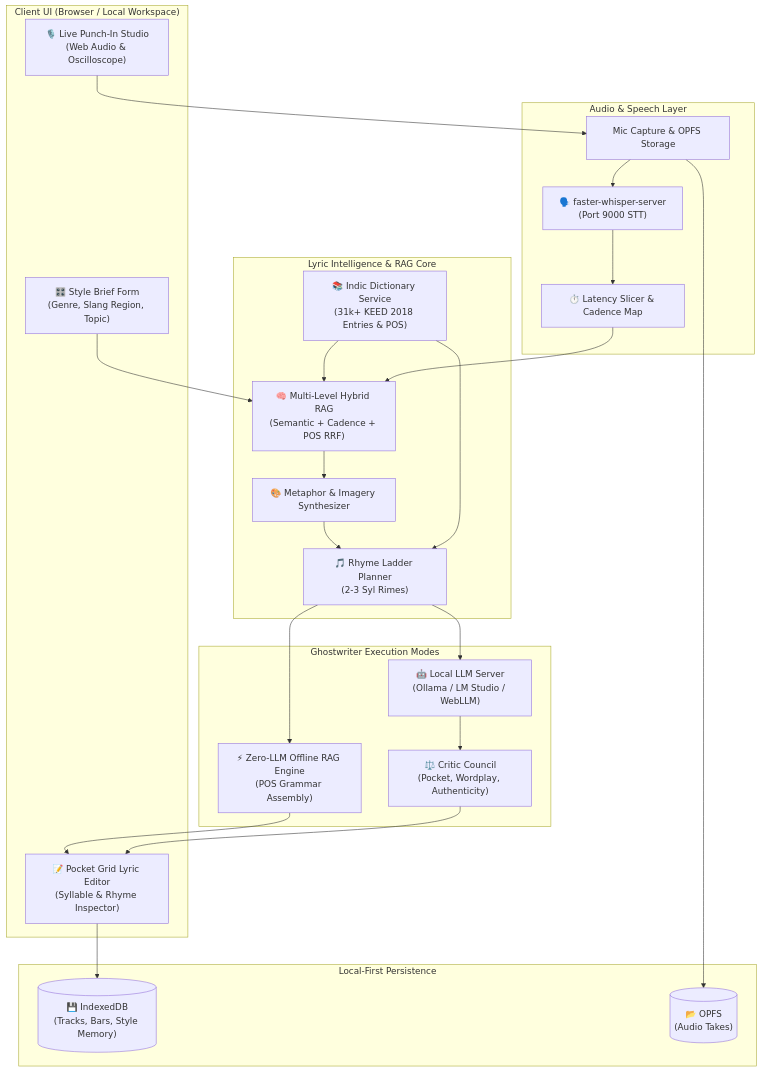
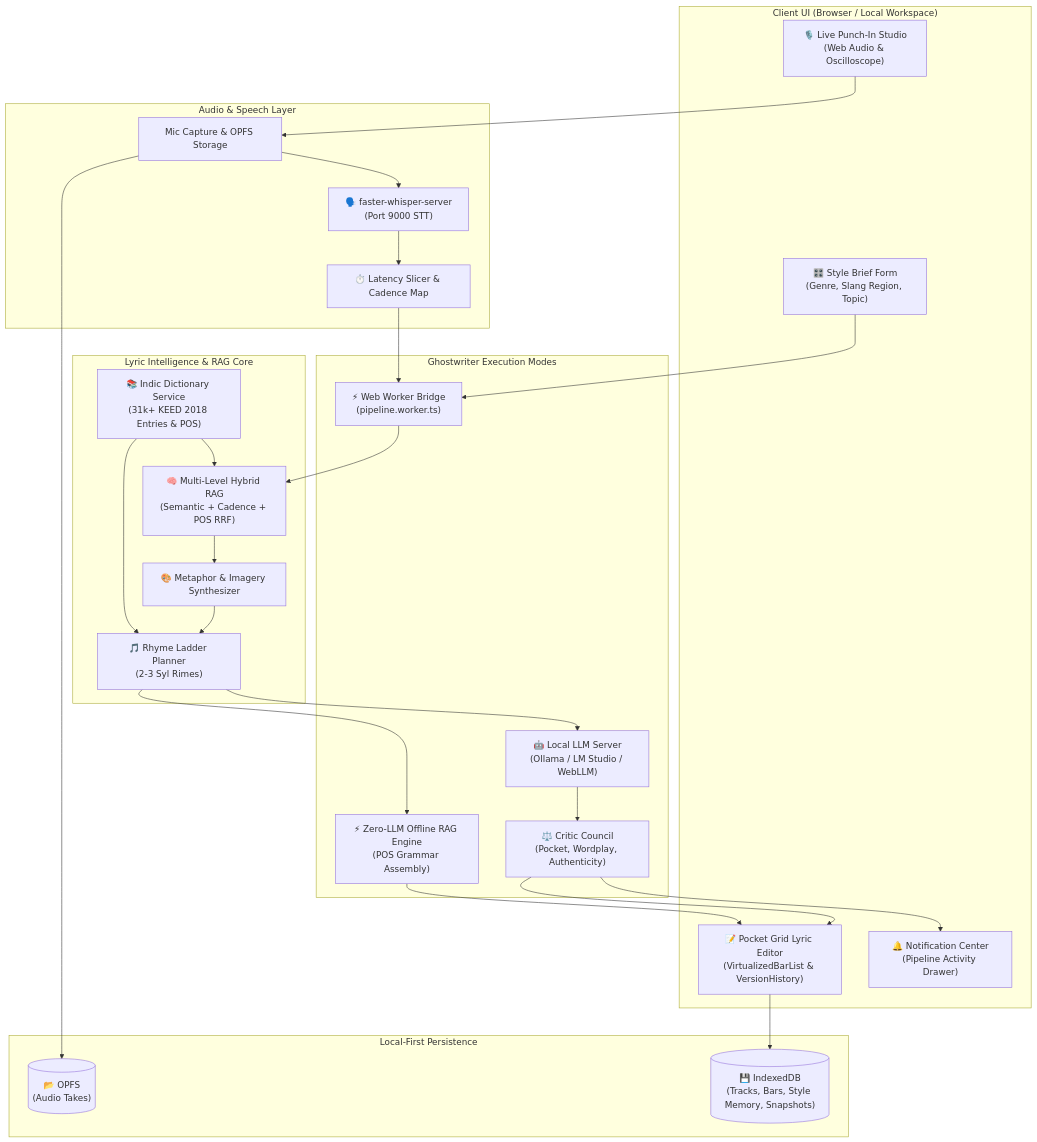
One commit to ChiragNSundar/VibeVox changed the diagram in README.md. Above: the diagram before and after it, drawn with Mermaid. The commit also changed other lines of this file and 6 other files, not shown here.

````diff
--- a/README.md
+++ b/README.md
@@ -40,52 +45,56 @@
 ```mermaid
 flowchart TD
     subgraph Client["Client UI (Browser / Local Workspace)"]
         LiveStudio["🎙️ Live Punch-In Studio\n(Web Audio & Oscilloscope)"]
         StyleBrief["🎛️ Style Brief Form\n(Genre, Slang Region, Topic)"]
-        LyricEditor["📝 Pocket Grid Lyric Editor\n(Syllable & Rhyme Inspector)"]
+        LyricEditor["📝 Pocket Grid Lyric Editor\n(VirtualizedBarList & VersionHistory)"]
+        NotifCenter["🔔 Notification Center\n(Pipeline Activity Drawer)"]
     end
 
     subgraph AudioEngine["Audio & Speech Layer"]
         MicCapture["Mic Capture & OPFS Storage"]
         LocalWhisper["🗣️ faster-whisper-server\n(Port 9000 STT)"]
         CadenceSlicer["⏱️ Latency Slicer & Cadence Map"]
     end
 
     subgraph IntelligenceEngine["Lyric Intelligence & RAG Core"]
         HybridRAG["🧠 Multi-Level Hybrid RAG\n(Semantic + Cadence + POS RRF)"]
         MetaphorSynth["🎨 Metaphor & Imagery Synthesizer"]
         RhymePlanner["🎵 Rhyme Ladder Planner\n(2-3 Syl Rimes)"]
         DictEngine["📚 Indic Dictionary Service\n(31k+ KEED 2018 Entries & POS)"]
     end
 
     subgraph PipelineExecution["Ghostwriter Execution Modes"]
+        PipelineWorker["⚡ Web Worker Bridge\n(pipeline.worker.ts)"]
         LocalLLM["🤖 Local LLM Server\n(Ollama / LM Studio / WebLLM)"]
         ZeroLLMRAG["⚡ Zero-LLM Offline RAG Engine\n(POS Grammar Assembly)"]
         CriticCouncil["⚖️ Critic Council\n(Pocket, Wordplay, Authenticity)"]
     end
 
     subgraph StorageLayer["Local-First Persistence"]
-        IndexedDB[("💾 IndexedDB\n(Tracks, Bars, Style Memory)")]
+        IndexedDB[("💾 IndexedDB\n(Tracks, Bars, Style Memory, Snapshots)")]
         OPFS[("📂 OPFS\n(Audio Takes)")]
     end
 
     LiveStudio --> MicCapture
     MicCapture --> LocalWhisper
     LocalWhisper --> CadenceSlicer
-    CadenceSlicer --> HybridRAG
-    StyleBrief --> HybridRAG
+    CadenceSlicer --> PipelineWorker
+    StyleBrief --> PipelineWorker
 
+    PipelineWorker --> HybridRAG
     DictEngine --> HybridRAG
     DictEngine --> RhymePlanner
     HybridRAG --> MetaphorSynth
     MetaphorSynth --> RhymePlanner
 
     RhymePlanner --> LocalLLM
     RhymePlanner --> ZeroLLMRAG
     LocalLLM --> CriticCouncil
+    CriticCouncil --> NotifCenter
     CriticCouncil --> LyricEditor
     ZeroLLMRAG --> LyricEditor
 
     LyricEditor --> IndexedDB
     MicCapture --> OPFS
 ```
````
